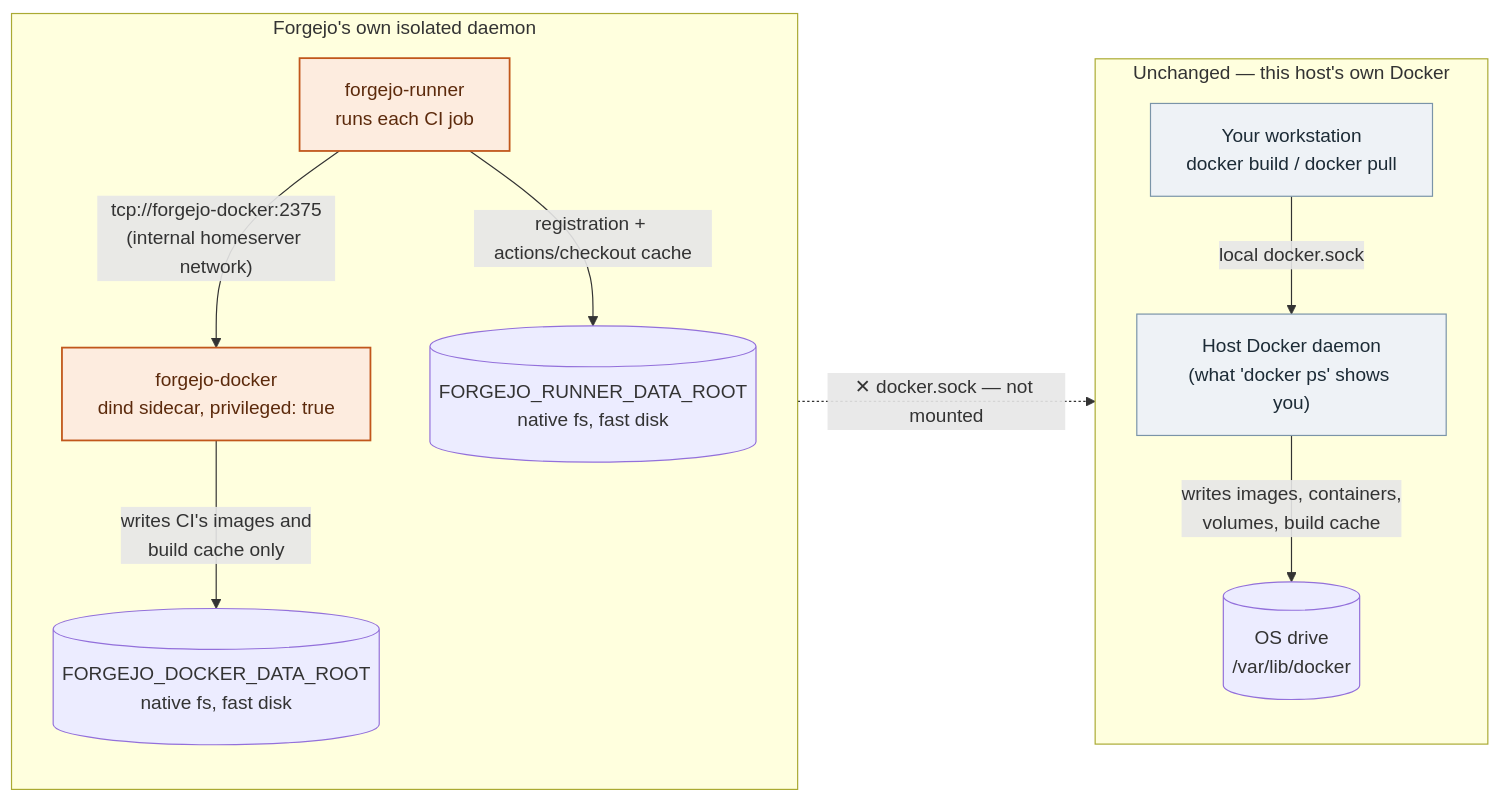
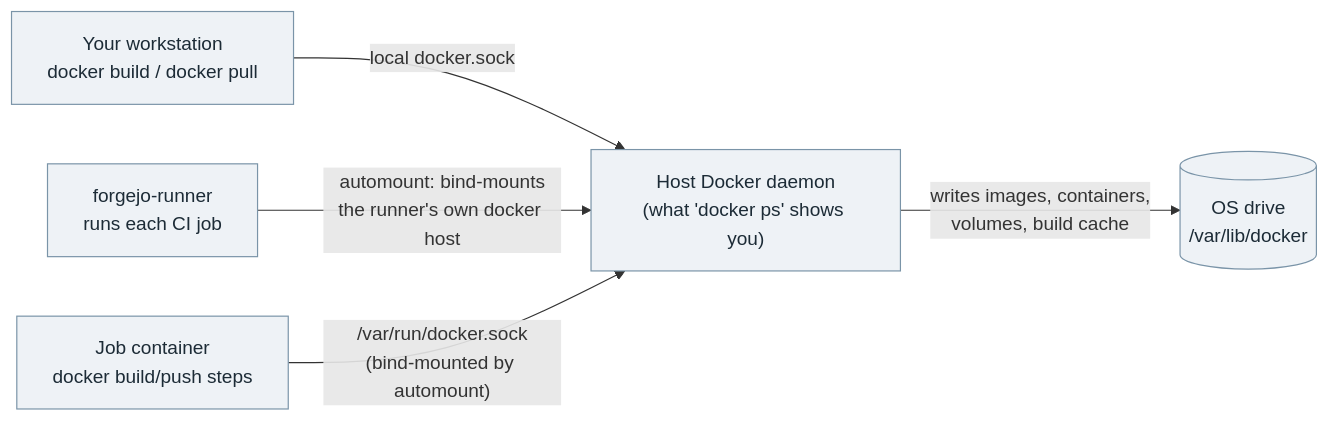
One commit to rajubhimani/homeserver changed the diagram in docs/services/forgejo.md. Above: the diagram before and after it, drawn with Mermaid. The commit also changed other lines of this file and 3 other files, not shown here.

````diff
--- a/docs/services/forgejo.md
+++ b/docs/services/forgejo.md
@@ -135,25 +115,10 @@
 ```mermaid
 flowchart LR
-    subgraph unchanged["Unchanged — this host's own Docker"]
-        direction TB
-        WS["Your workstation<br/>docker build / docker pull"] -->|"local docker.sock"| HD["Host Docker daemon<br/>(what 'docker ps' shows you)"]
-        HD -->|"writes images, containers,<br/>volumes, build cache"| OSD[("OS drive<br/>/var/lib/docker")]
-    end
+    WS["Your workstation<br/>docker build / docker pull"] -->|"local docker.sock"| HD["Host Docker daemon<br/>(what 'docker ps' shows you)"]
+    CI["forgejo-runner<br/>runs each CI job"] -->|"automount: bind-mounts<br/>the runner's own docker host"| HD
+    JOB["Job container<br/>docker build/push steps"] -->|"/var/run/docker.sock<br/>(bind-mounted by automount)"| HD
+    HD -->|"writes images, containers,<br/>volumes, build cache"| OSD[("OS drive<br/>/var/lib/docker")]
 
-    subgraph isolated["Forgejo's own isolated daemon"]
-        direction TB
-        CI["forgejo-runner<br/>runs each CI job"] -->|"tcp://forgejo-docker:2375<br/>(internal homeserver network)"| FD["forgejo-docker<br/>dind sidecar, privileged: true"]
-        FD -->|"writes CI's images and<br/>build cache only"| SEC[("FORGEJO_DOCKER_DATA_ROOT<br/>native fs, fast disk")]
-        CI -->|"registration + actions/checkout cache"| RD[("FORGEJO_RUNNER_DATA_ROOT<br/>native fs, fast disk")]
-    end
-
-    CI -.->|"✕ docker.sock — not mounted"| HD
-
-    classDef unchangedStyle fill:#eef2f6,stroke:#7a94a8,color:#1c2b36,stroke-width:1px;
-    classDef isolatedStyle fill:#fdecdf,stroke:#c1571b,color:#5c2a0c,stroke-width:1.5px;
-    classDef diskStyle stroke-width:1.5px;
-    class WS,HD unchangedStyle;
-    class CI,FD isolatedStyle;
-    class OSD unchangedStyle,diskStyle;
-    class SEC,RD isolatedStyle,diskStyle;
+    classDef normalStyle fill:#eef2f6,stroke:#7a94a8,color:#1c2b36,stroke-width:1px;
+    class WS,HD,CI,JOB,OSD normalStyle;
 ```
````
